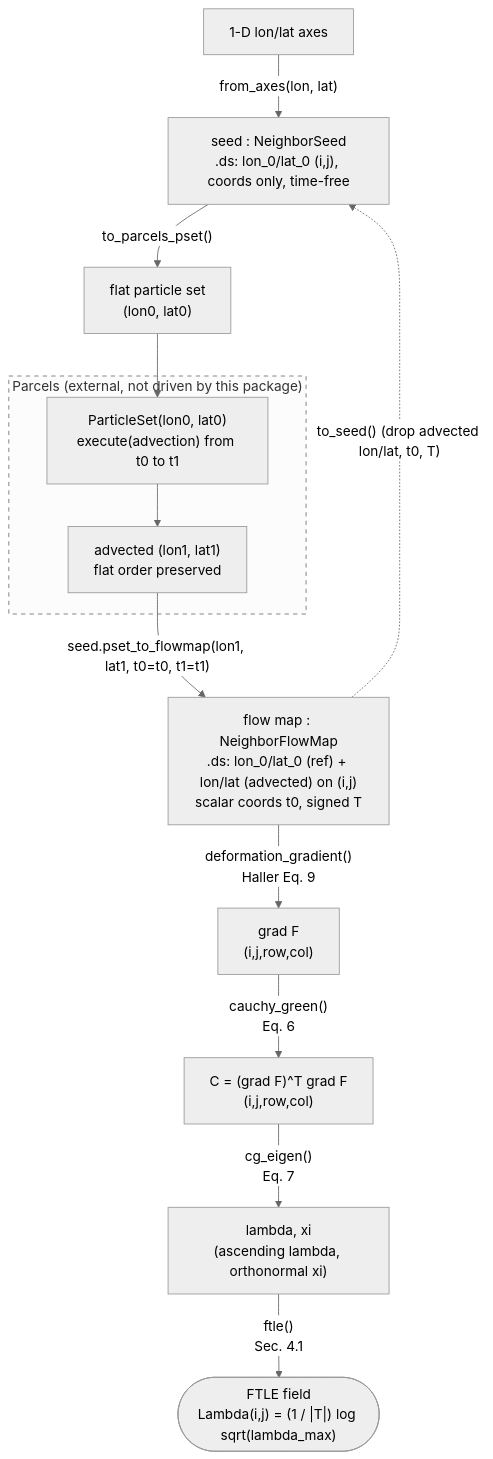
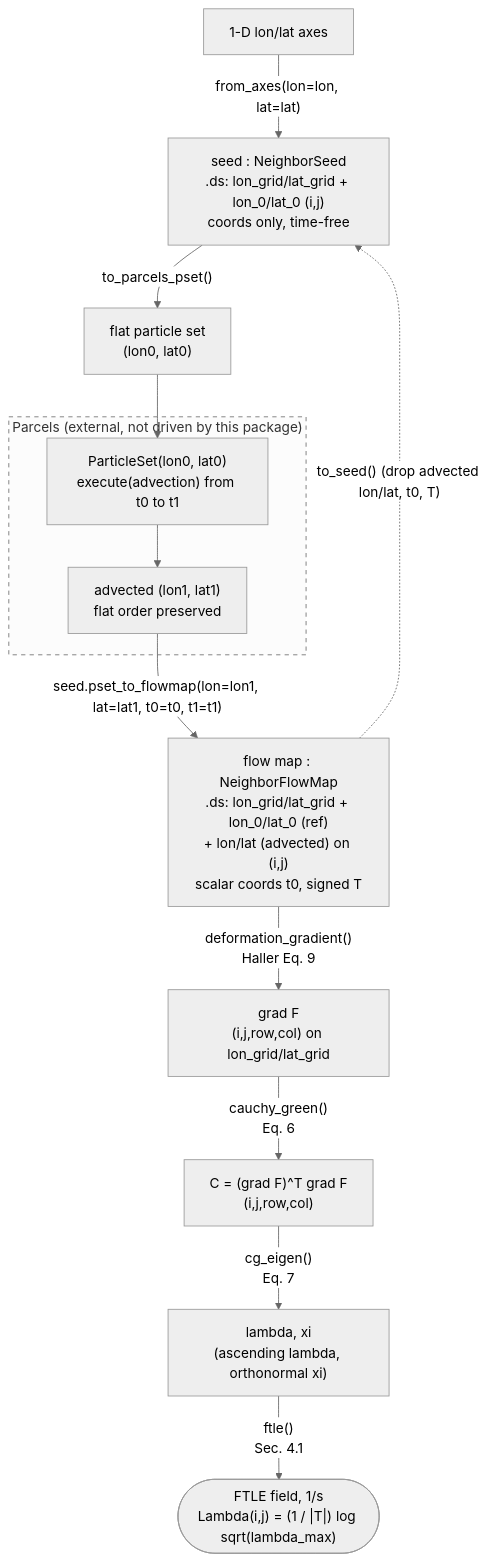
Before and after one commit to geomar-od-lagrange/lcs_parcels: the second of 2 diagrams in docs/architecture.md, drawn with Mermaid (neutral theme). The commit also changed other lines of this file and 27 other files, not shown here.

First line of the commit message:
Keyword-only API, canonical grid coords, output metadata and scale-free tensor-line parameters (PR B) (#17)

````diff
--- a/docs/architecture.md
+++ b/docs/architecture.md
@@ -107,30 +342,30 @@
 ```mermaid
 flowchart TD
     axes["1-D lon/lat axes"]
-    seed["seed : NeighborSeed<br/>.ds: lon_0/lat_0 (i,j), coords only, time-free"]
+    seed["seed : NeighborSeed<br/>.ds: lon_grid/lat_grid + lon_0/lat_0 (i,j)<br/>coords only, time-free"]
     pset["flat particle set<br/>(lon0, lat0)"]
 
     subgraph parcels ["Parcels (external, not driven by this package)"]
         advect["ParticleSet(lon0, lat0)<br/>execute(advection) from t0 to t1"]
         out["advected (lon1, lat1)<br/>flat order preserved"]
     end
 
-    fm["flow map : NeighborFlowMap<br/>.ds: lon_0/lat_0 (ref) + lon/lat (advected) on (i,j)<br/>scalar coords t0, signed T"]
-    gradF["grad F<br/>(i,j,row,col)"]
+    fm["flow map : NeighborFlowMap<br/>.ds: lon_grid/lat_grid + lon_0/lat_0 (ref)<br/>+ lon/lat (advected) on (i,j)<br/>scalar coords t0, signed T"]
+    gradF["grad F<br/>(i,j,row,col) on lon_grid/lat_grid"]
     C["C = (grad F)^T grad F<br/>(i,j,row,col)"]
     eig["lambda, xi<br/>(ascending lambda, orthonormal xi)"]
-    ftle(["FTLE field<br/>Lambda(i,j) = (1 / |T|) log sqrt(lambda_max)"])
+    ftle(["FTLE field, 1/s<br/>Lambda(i,j) = (1 / |T|) log sqrt(lambda_max)"])
 
-    axes -->|"from_axes(lon, lat)"| seed
+    axes -->|"from_axes(lon=lon, lat=lat)"| seed
     seed -->|"to_parcels_pset()"| pset
     pset --> advect
     advect --> out
-    out -->|"seed.pset_to_flowmap(lon1, lat1, t0=t0, t1=t1)"| fm
+    out -->|"seed.pset_to_flowmap(lon=lon1, lat=lat1, t0=t0, t1=t1)"| fm
     fm -->|"deformation_gradient()<br/>Haller Eq. 9"| gradF
     gradF -->|"cauchy_green()<br/>Eq. 6"| C
     C -->|"cg_eigen()<br/>Eq. 7"| eig
     eig -->|"ftle()<br/>Sec. 4.1"| ftle
     fm -.->|"to_seed() (drop advected lon/lat, t0, T)"| seed
 
     style parcels stroke-dasharray: 5 5
 ```
````
